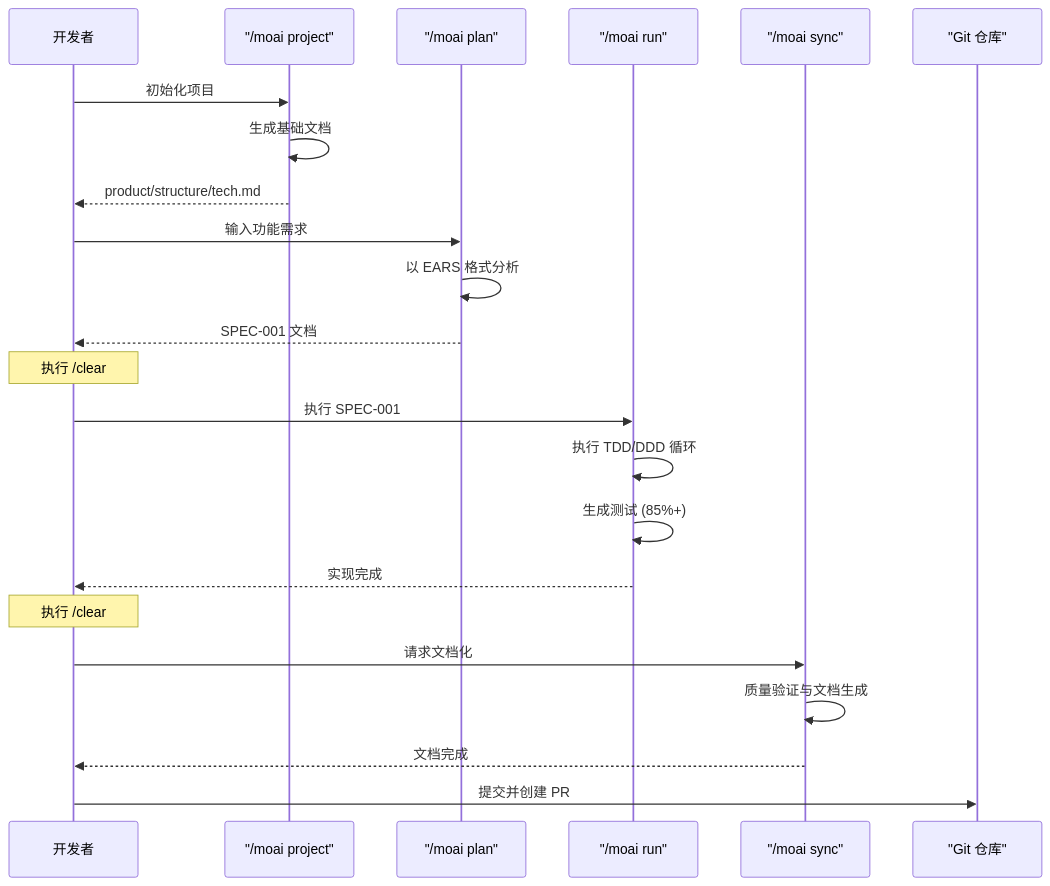
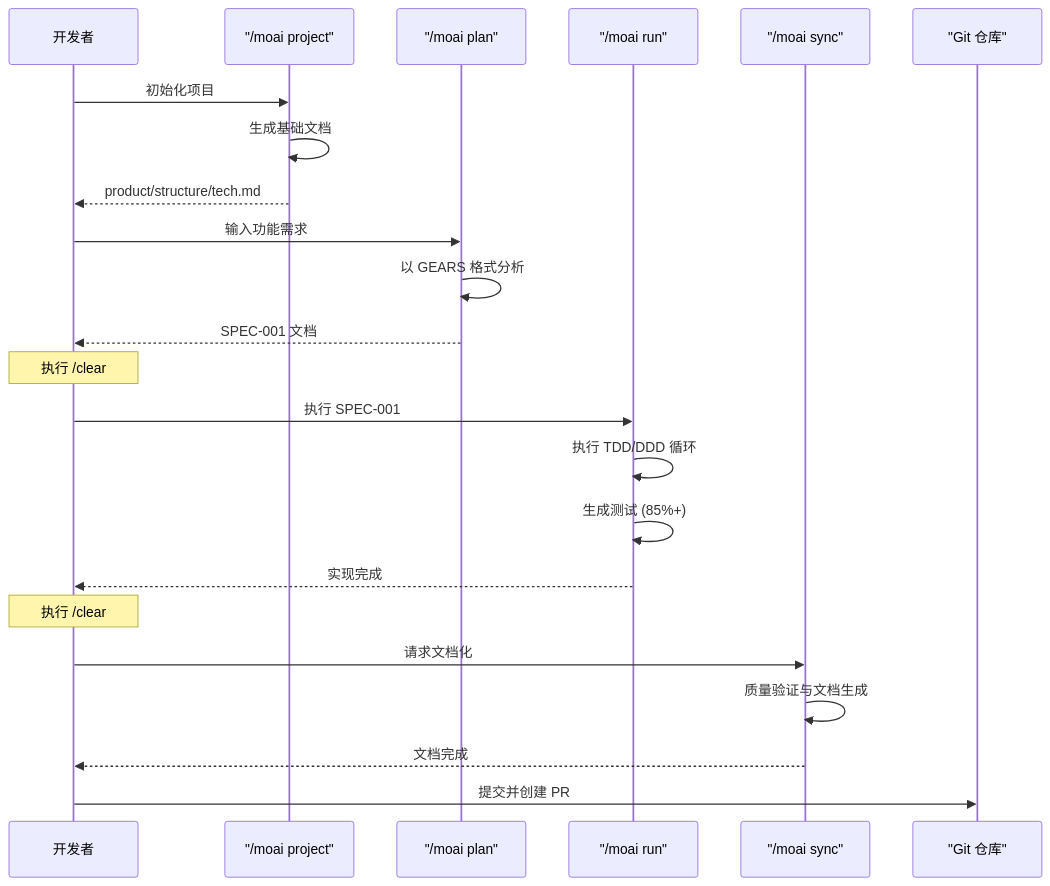
The seventh of 9 diagrams in docs-site/content/zh/getting-started/quickstart.md (modu-ai/moai-adk), drawn with Mermaid before and after one commit. The commit also changed other lines of this file and 15 other files, not shown here.

````diff
--- a/docs-site/content/zh/getting-started/quickstart.md
+++ b/docs-site/content/zh/getting-started/quickstart.md
@@ -249,32 +249,32 @@
 ```mermaid
 sequenceDiagram
     participant Dev as 开发者
     participant Project as "/moai project"
     participant Plan as "/moai plan"
     participant Run as "/moai run"
     participant Sync as "/moai sync"
     participant Git as "Git 仓库"
 
     Dev->>Project: 初始化项目
     Project->>Project: 生成基础文档
     Project-->>Dev: product/structure/tech.md
 
     Dev->>Plan: 输入功能需求
-    Plan->>Plan: 以 EARS 格式分析
+    Plan->>Plan: 以 GEARS 格式分析
     Plan-->>Dev: SPEC-001 文档
 
     Note over Dev: 执行 /clear
 
     Dev->>Run: 执行 SPEC-001
     Run->>Run: 执行 TDD/DDD 循环
     Run->>Run: 生成测试 (85%+)
     Run-->>Dev: 实现完成
 
     Note over Dev: 执行 /clear
 
     Dev->>Sync: 请求文档化
     Sync->>Sync: 质量验证与文档生成
     Sync-->>Dev: 文档完成
 
     Dev->>Git: 提交并创建 PR
 ```
````
